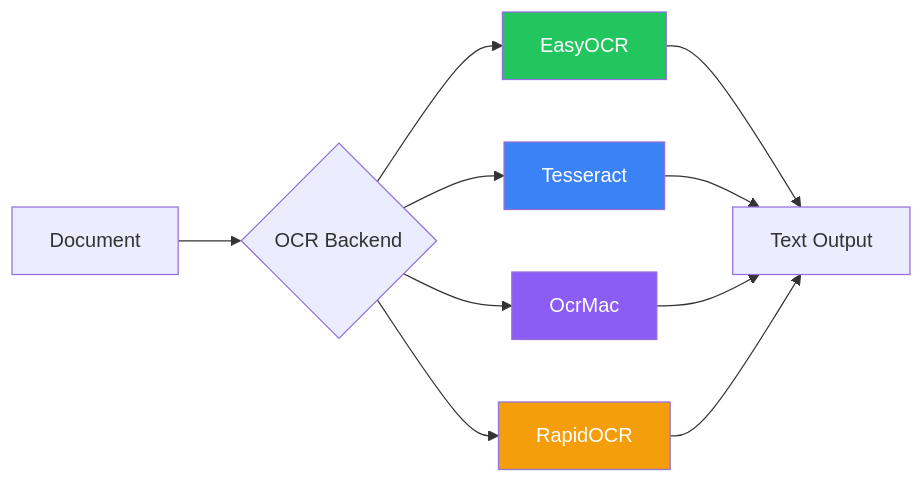
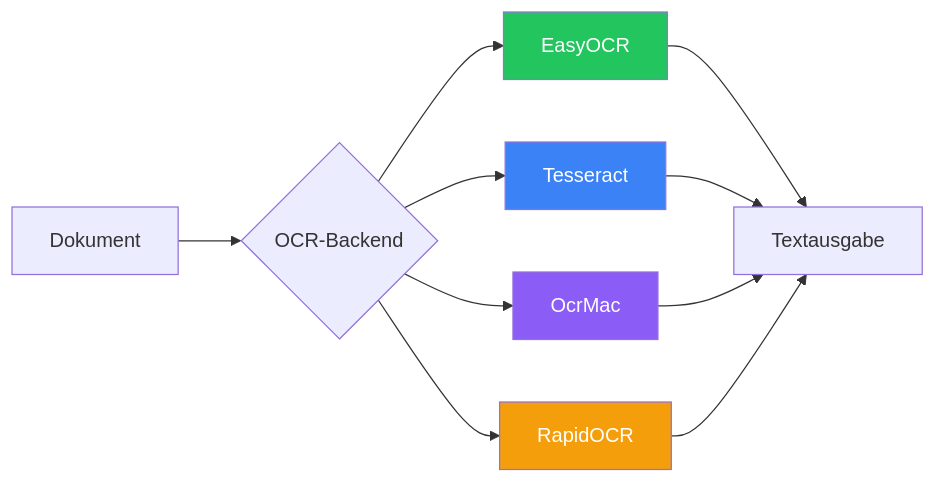
One commit to duckling-ui/duckling changed the eighth of 8 diagrams in docs/de/architecture/diagrams.md. Above: the diagram before and after it, drawn with Mermaid. The commit also changed other lines of this file and 133 other files, not shown here.

````diff
--- a/docs/de/architecture/diagrams.md
+++ b/docs/de/architecture/diagrams.md
@@ -215,19 +215,19 @@
 ```mermaid
 graph LR
-    Input[Document] --> OCR{OCR Backend}
+    Input[Dokument] --> OCR{OCR-Backend}
 
     OCR --> Easy[EasyOCR]
     OCR --> Tess[Tesseract]
     OCR --> Mac[OcrMac]
     OCR --> Rapid[RapidOCR]
 
-    Easy --> Out[Text Output]
+    Easy --> Out[Textausgabe]
     Tess --> Out
     Mac --> Out
     Rapid --> Out
 
     style Easy fill:#22c55e,color:#fff
     style Tess fill:#3b82f6,color:#fff
     style Mac fill:#8b5cf6,color:#fff
     style Rapid fill:#f59e0b,color:#fff
 ```
````
